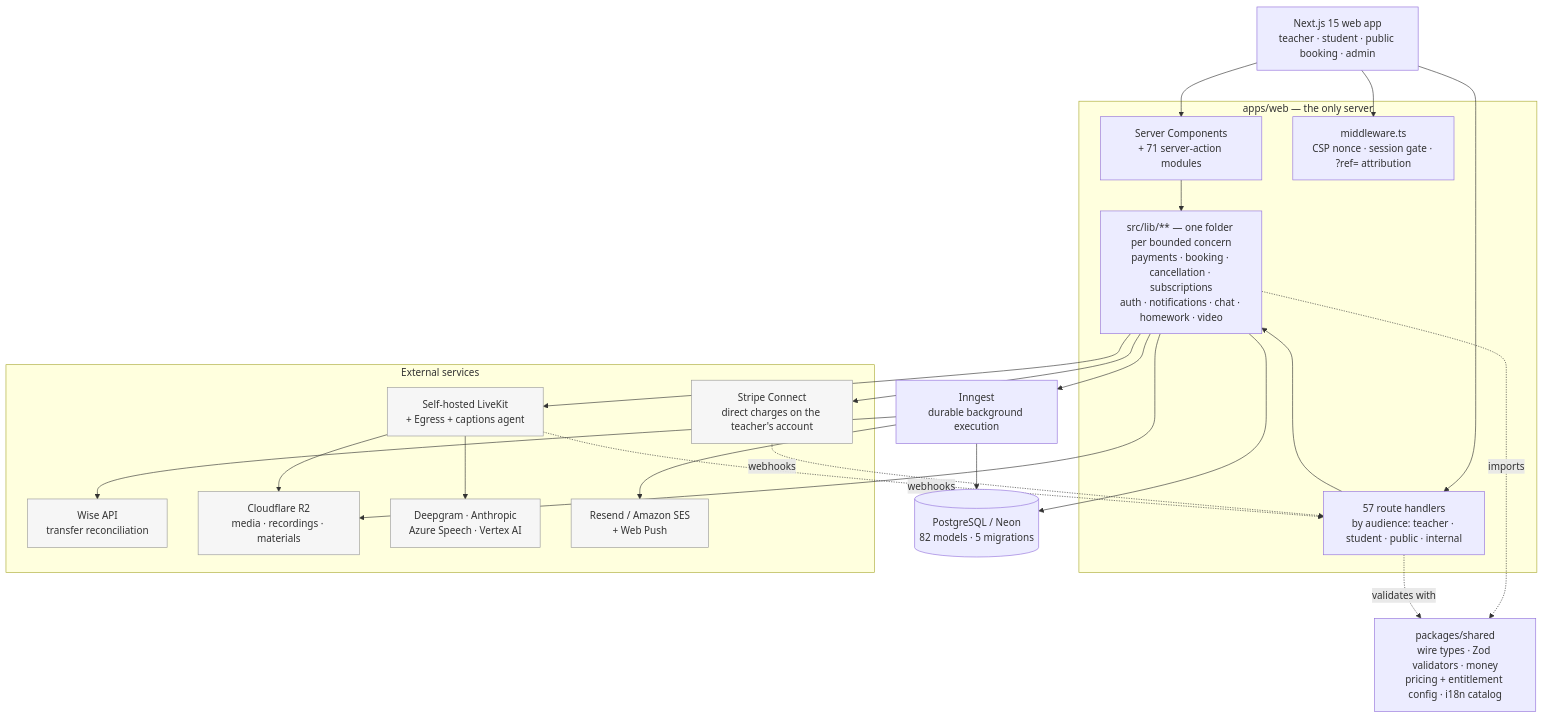
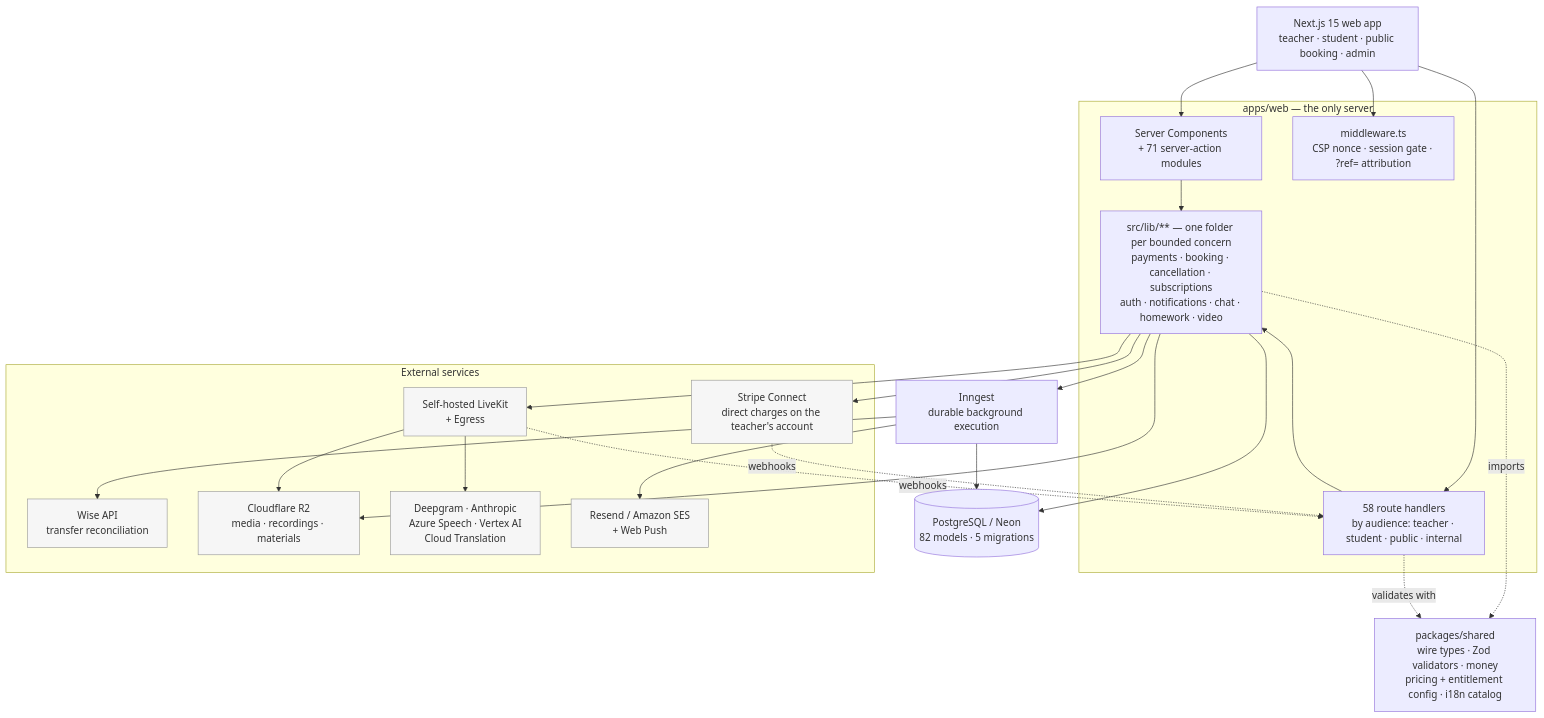
The first of 2 diagrams in README.md (jaystewartuk/spiralclass), drawn with Mermaid before and after one commit. The commit also changed other lines of this file and 111 other files, not shown here.

````diff
--- a/README.md
+++ b/README.md
@@ -131,48 +131,48 @@
 ```mermaid
 graph TB
     WEB["Next.js 15 web app<br/>teacher · student · public booking · admin"]
 
     subgraph app["apps/web — the only server"]
         RSC["Server Components<br/>+ 71 server-action modules"]
-        API["57 route handlers<br/>by audience: teacher · student · public · internal"]
+        API["58 route handlers<br/>by audience: teacher · student · public · internal"]
         MW["middleware.ts<br/>CSP nonce · session gate · ?ref= attribution"]
         LIB["src/lib/** — one folder per bounded concern<br/>payments · booking · cancellation · subscriptions<br/>auth · notifications · chat · homework · video"]
     end
 
     SH["packages/shared<br/>wire types · Zod validators · money<br/>pricing + entitlement config · i18n catalog"]
 
     DB[("PostgreSQL / Neon<br/>82 models · 5 migrations")]
     JOBS["Inngest<br/>durable background execution"]
 
     subgraph external["External services"]
         STRIPE["Stripe Connect<br/>direct charges on the teacher's account"]
         WISE["Wise API<br/>transfer reconciliation"]
-        LK["Self-hosted LiveKit<br/>+ Egress + captions agent"]
+        LK["Self-hosted LiveKit<br/>+ Egress"]
         R2["Cloudflare R2<br/>media · recordings · materials"]
-        AI["Deepgram · Anthropic<br/>Azure Speech · Vertex AI"]
+        AI["Deepgram · Anthropic<br/>Azure Speech · Vertex AI<br/>Cloud Translation"]
         MAIL["Resend / Amazon SES<br/>+ Web Push"]
     end
 
     WEB --> MW
     WEB --> RSC
     WEB --> API
     RSC --> LIB
     API --> LIB
     LIB --> DB
     LIB --> JOBS
     JOBS --> DB
     JOBS --> MAIL
     LIB --> STRIPE
     JOBS --> WISE
     LIB --> LK
     LK --> R2
     LK --> AI
     LIB --> R2
     LIB -.imports.-> SH
     API -.validates with.-> SH
     STRIPE -.webhooks.-> API
     LK -.webhooks.-> API
 
     classDef ext fill:#f6f6f6,stroke:#999,color:#333
     class STRIPE,WISE,LK,R2,AI,MAIL ext
 ```
````
